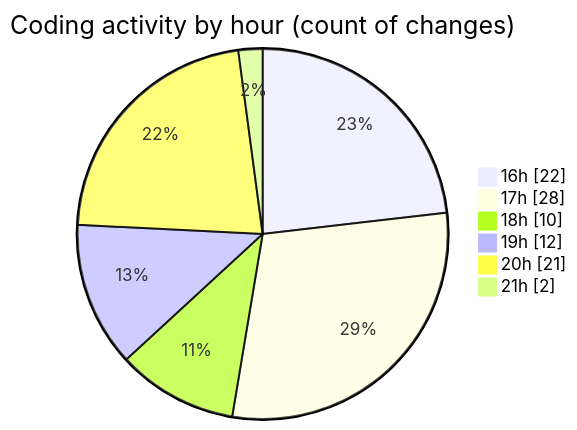
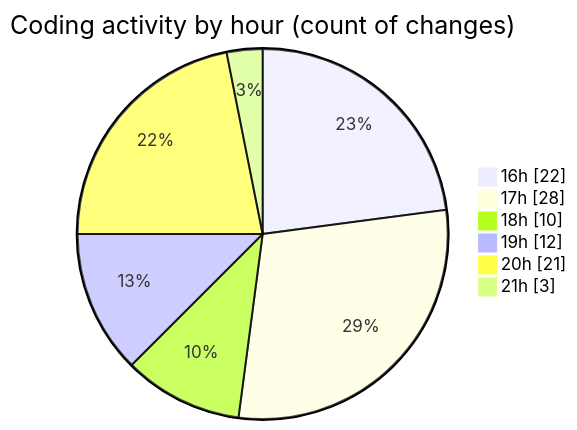
The second of 2 diagrams in 2026-02-17/bot_v1_2/README.md (becaeroporto-bot/code-tracking), drawn with Mermaid before and after one commit. The commit also changed other lines of this file and 1 other file, not shown here.

````diff
--- a/2026-02-17/bot_v1_2/README.md
+++ b/2026-02-17/bot_v1_2/README.md
@@ -53,10 +53,10 @@
 ```mermaid
 pie showData
 title Coding activity by hour (count of changes)
 "16h" : 22
 "17h" : 28
 "18h" : 10
 "19h" : 12
 "20h" : 21
-"21h" : 2
+"21h" : 3
 ```
````
